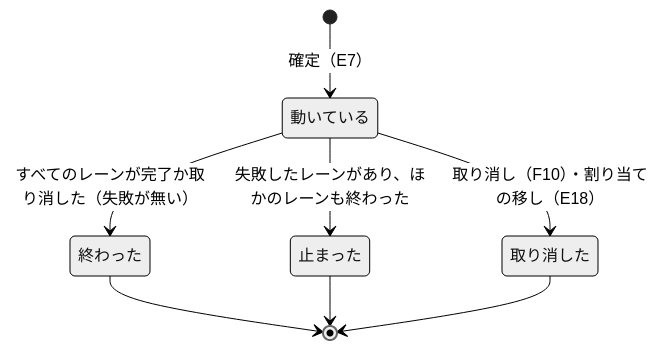
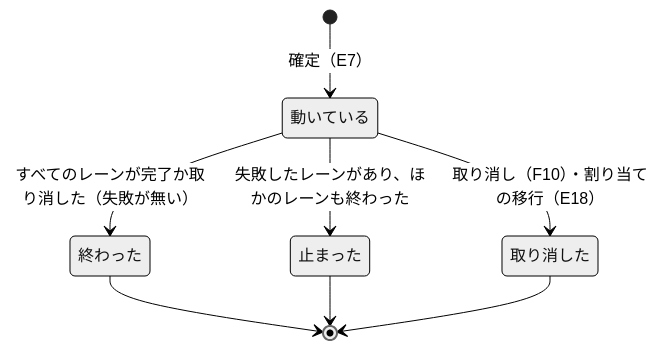
One commit to devbasex/nd-factory changed the third of 10 diagrams in docs/design/execution.md. Above: the diagram before and after it, drawn with Mermaid (neutral theme). The commit also changed other lines of this file and 16 other files, not shown here.

First line of the commit message:
Docs: 設計書を通読し、エンジニアが使わない造語・直訳（道具・地図・頭書き・失敗のアイテムなど）を書き換える（利用者の指示）

````diff
--- a/docs/design/execution.md
+++ b/docs/design/execution.md
@@ -99,10 +99,10 @@
 ```mermaid
 stateDiagram-v2
     [*] --> 動いている: 確定（E7）
     動いている --> 終わった: すべてのレーンが完了か取り消した（失敗が無い）
     動いている --> 止まった: 失敗したレーンがあり、ほかのレーンも終わった
-    動いている --> 取り消した: 取り消し（F10）・割り当ての移し（E18）
+    動いている --> 取り消した: 取り消し（F10）・割り当ての移行（E18）
     終わった --> [*]
     止まった --> [*]
     取り消した --> [*]
 ```
````
